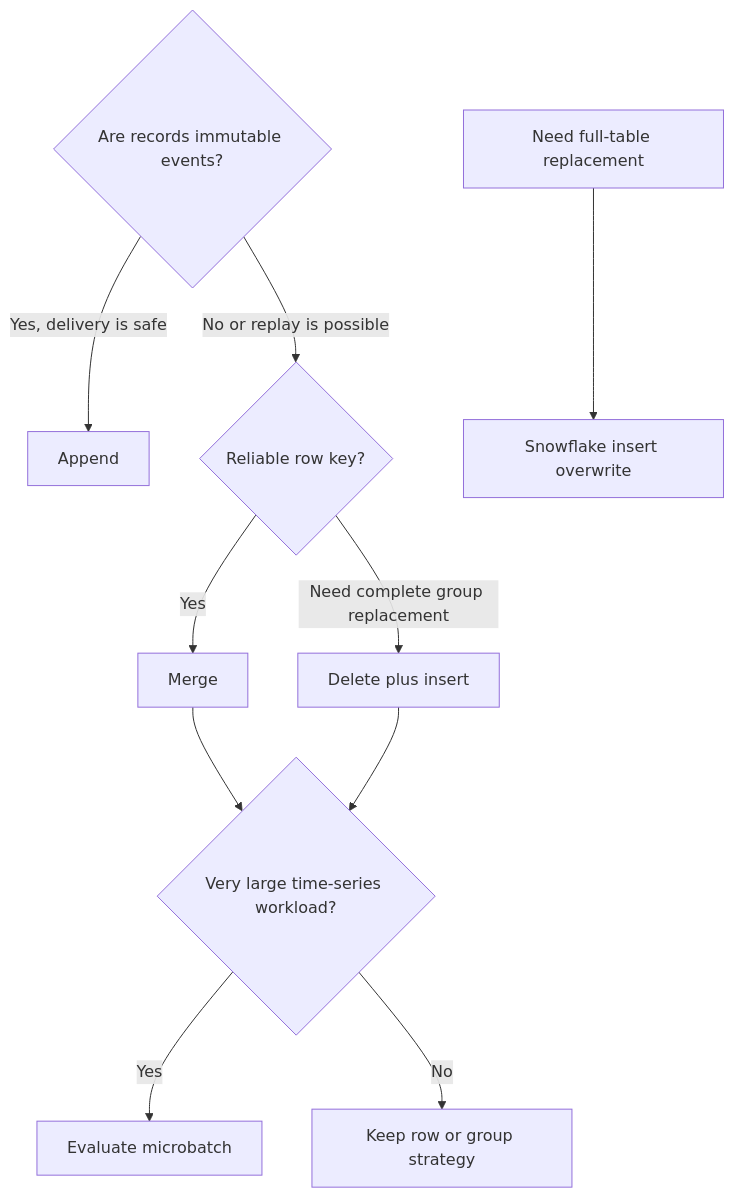
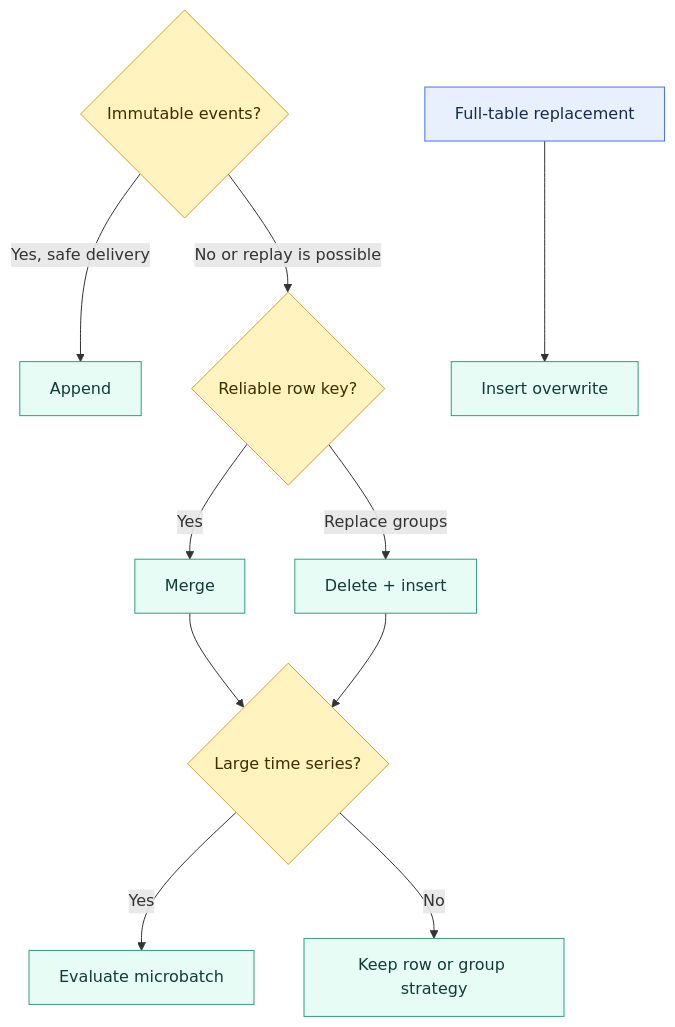
One commit to shonningsoy/Upskill changed the second of 2 diagrams in 02 dbt/04 Incremental Processing and Performance/32 Incremental Strategies.md. Above: the diagram before and after it, drawn with Mermaid. The commit also changed other lines of this file and 31 other files, not shown here.

````diff
--- a/02 dbt/04 Incremental Processing and Performance/32 Incremental Strategies.md
+++ b/02 dbt/04 Incremental Processing and Performance/32 Incremental Strategies.md
@@ -91,12 +101,21 @@
 ```mermaid
 flowchart TD
-    A{Are records immutable events?} -->|Yes, delivery is safe| B[Append]
+    A{Immutable events?} -->|Yes, safe delivery| B[Append]
     A -->|No or replay is possible| C{Reliable row key?}
     C -->|Yes| D[Merge]
-    C -->|Need complete group replacement| E[Delete plus insert]
-    D --> F{Very large time-series workload?}
+    C -->|Replace groups| E[Delete + insert]
+    D --> F{Large time series?}
     E --> F
     F -->|Yes| G[Evaluate microbatch]
     F -->|No| H[Keep row or group strategy]
-    I[Need full-table replacement] --> J[Snowflake insert overwrite]
+    I[Full-table replacement] --> J[Insert overwrite]
+
+    classDef input fill:#E8F0FE,stroke:#4C6EF5,color:#172B4D
+    classDef control fill:#FFF3BF,stroke:#D69E2E,color:#3D2E00
+    classDef dbt fill:#E6FCF5,stroke:#2F9E7B,color:#123C34
+    classDef platform fill:#F1F3F5,stroke:#868E96,color:#212529
+    classDef output fill:#F3E8FF,stroke:#805AD5,color:#2D1B4E
+    class A,C,F control
+    class I input
+    class B,D,E,G,H,J dbt
 ```
````
